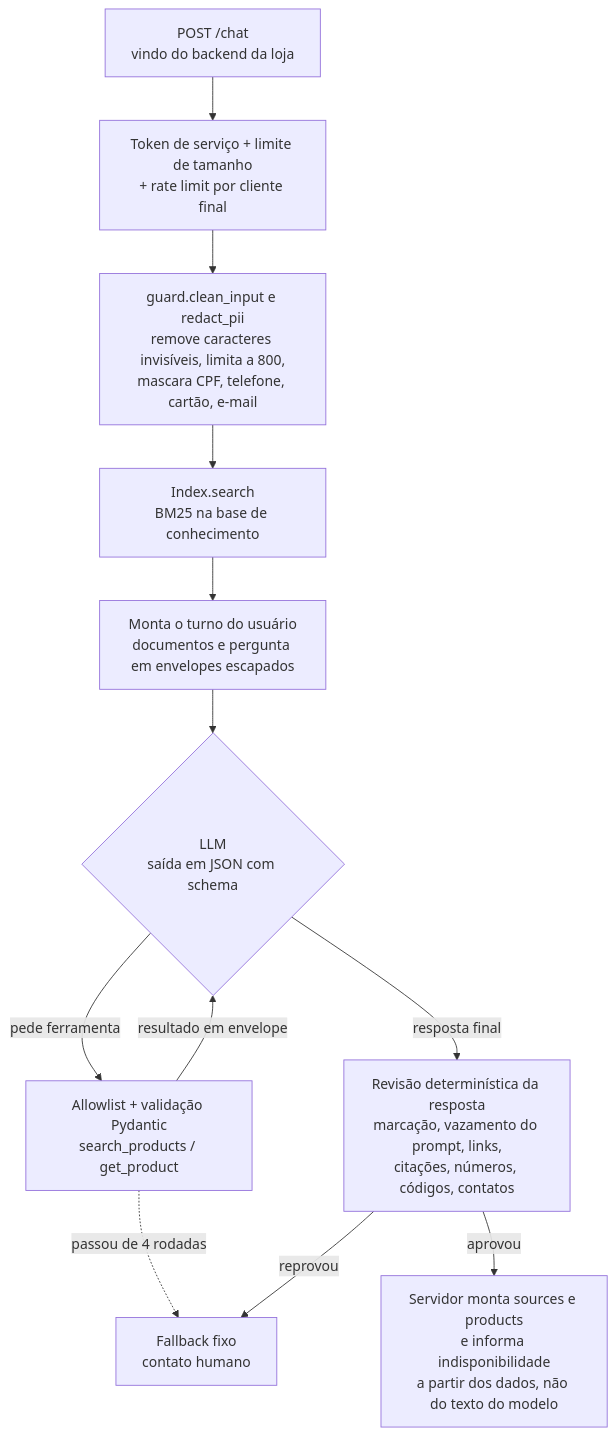
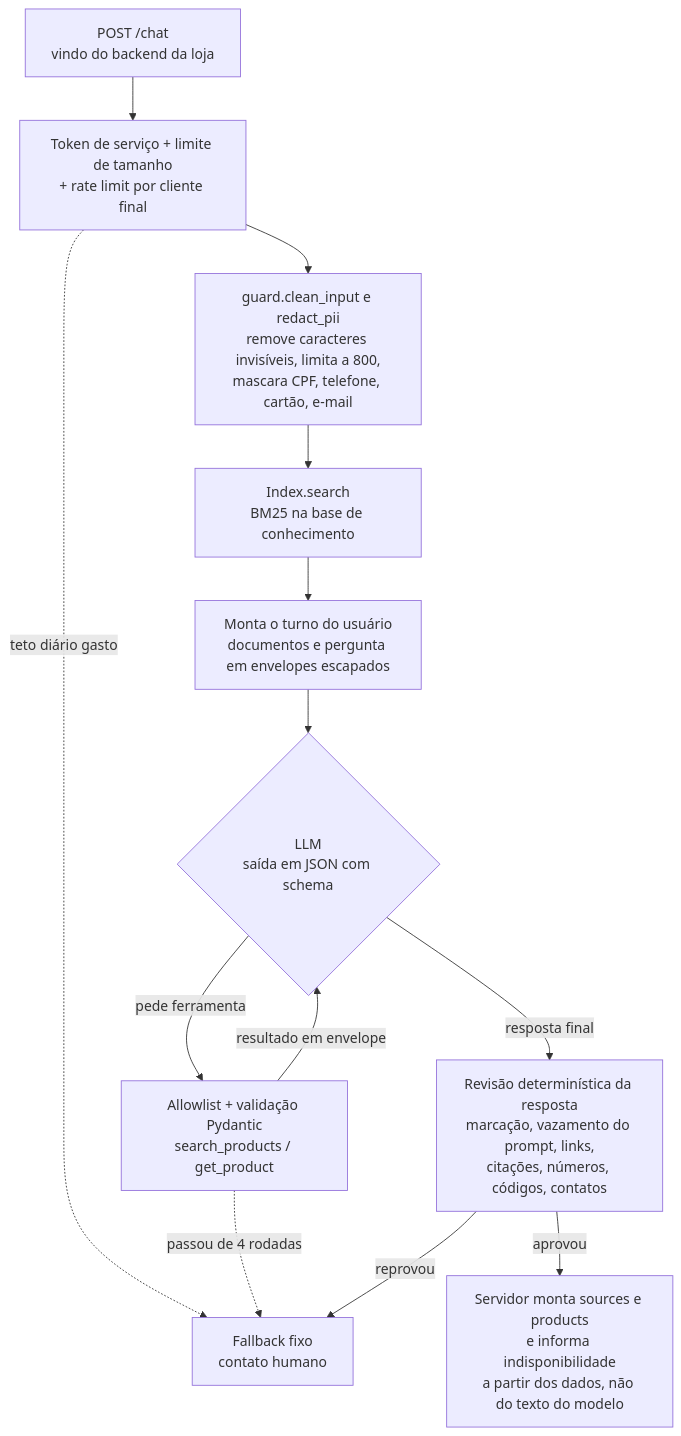
One commit to jlsm2/shopping-assistant-rag changed the diagram in README.md. Above: the diagram before and after it, drawn with Mermaid. The commit also changed other lines of this file and 2 other files, not shown here.

````diff
--- a/README.md
+++ b/README.md
@@ -34,14 +34,15 @@
 ```mermaid
 flowchart TD
     A[POST /chat<br/>vindo do backend da loja] --> B[Token de serviço + limite de tamanho<br/>+ rate limit por cliente final]
+    B -. teto diário gasto .-> X
     B --> C[guard.clean_input e redact_pii<br/>remove caracteres invisíveis, limita a 800,<br/>mascara CPF, telefone, cartão, e-mail]
     C --> D[Index.search<br/>BM25 na base de conhecimento]
     D --> E[Monta o turno do usuário<br/>documentos e pergunta em envelopes escapados]
     E --> F{LLM<br/>saída em JSON com schema}
     F -- pede ferramenta --> G[Allowlist + validação Pydantic<br/>search_products / get_product]
     G -- resultado em envelope --> F
     G -. passou de 4 rodadas .-> X
     F -- resposta final --> H[Revisão determinística da resposta<br/>marcação, vazamento do prompt, links,<br/>citações, números, códigos, contatos]
     H -- reprovou --> X[Fallback fixo<br/>contato humano]
     H -- aprovou --> J[Servidor monta sources e products<br/>e informa indisponibilidade<br/>a partir dos dados, não do texto do modelo]
 ```
````
